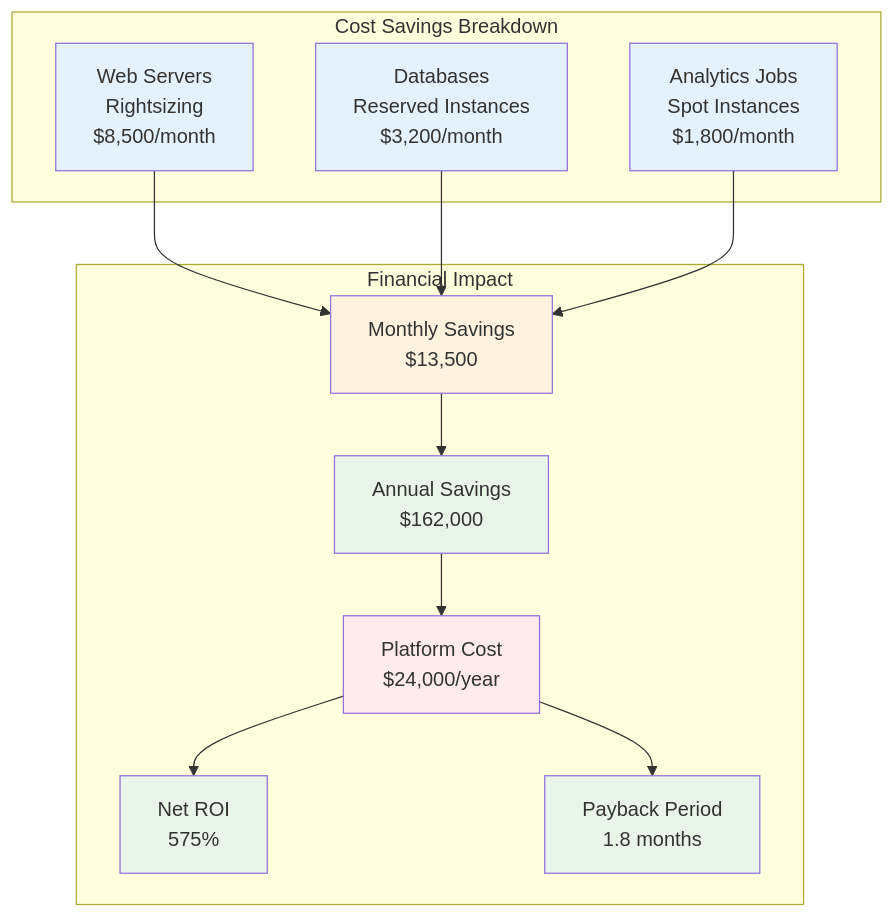
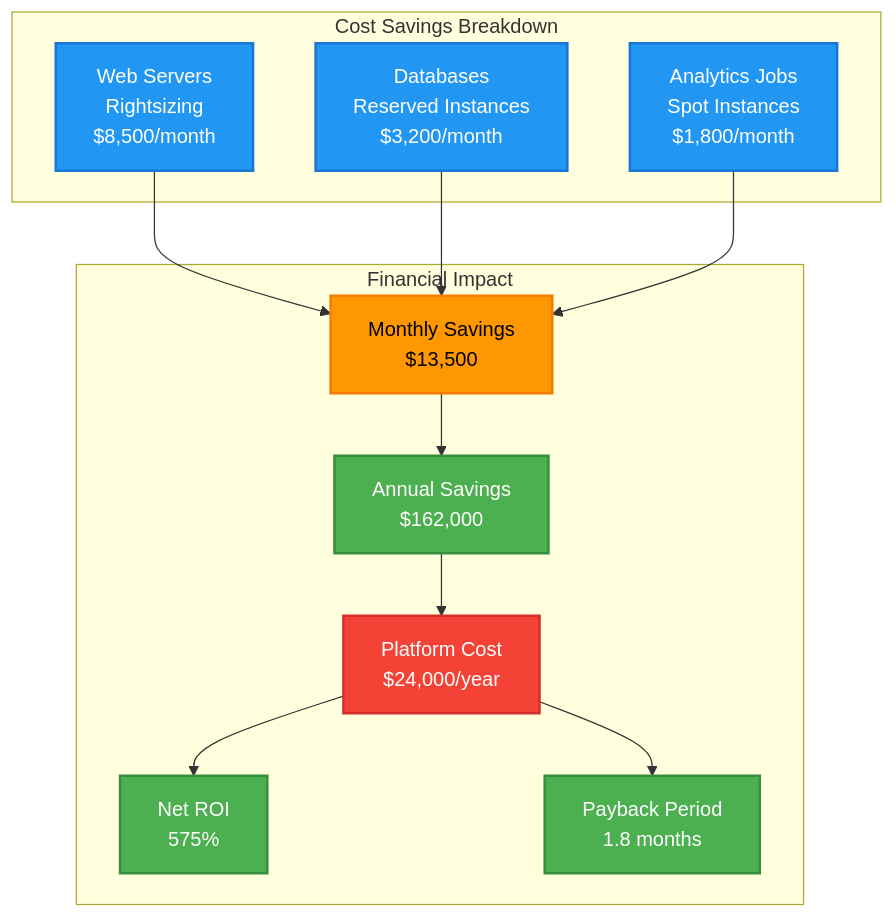
The fifth of 7 diagrams in README.md (yashshah-dev/cloud-cost-optimizer), drawn with Mermaid before and after one commit. The commit also changed other lines of this file, not shown here.

First line of the commit message:
Fix Mermaid diagram colors for better text visibility

````diff
--- a/README.md
+++ b/README.md
@@ -171,33 +171,33 @@
 ```mermaid
 graph TD
     subgraph "Cost Savings Breakdown"
         A[Web Servers<br/>Rightsizing<br/>$8,500/month]
         B[Databases<br/>Reserved Instances<br/>$3,200/month]
         C[Analytics Jobs<br/>Spot Instances<br/>$1,800/month]
     end
     
     subgraph "Financial Impact"
         D[Monthly Savings<br/>$13,500]
         E[Annual Savings<br/>$162,000]
         F[Platform Cost<br/>$24,000/year]
         G[Net ROI<br/>575%]
         H[Payback Period<br/>1.8 months]
     end
     
     A --> D
     B --> D
     C --> D
     D --> E
     E --> F
     F --> G
     F --> H
     
-    style A fill:#e3f2fd
-    style B fill:#e3f2fd
-    style C fill:#e3f2fd
-    style D fill:#fff3e0
-    style E fill:#e8f5e8
-    style F fill:#ffebee
-    style G fill:#e8f5e8
-    style H fill:#e8f5e8
+    style A fill:#2196F3,stroke:#1976D2,stroke-width:2px,color:#FFF
+    style B fill:#2196F3,stroke:#1976D2,stroke-width:2px,color:#FFF
+    style C fill:#2196F3,stroke:#1976D2,stroke-width:2px,color:#FFF
+    style D fill:#FF9800,stroke:#F57C00,stroke-width:2px,color:#000
+    style E fill:#4CAF50,stroke:#388E3C,stroke-width:2px,color:#FFF
+    style F fill:#F44336,stroke:#D32F2F,stroke-width:2px,color:#FFF
+    style G fill:#4CAF50,stroke:#388E3C,stroke-width:2px,color:#FFF
+    style H fill:#4CAF50,stroke:#388E3C,stroke-width:2px,color:#FFF
 ```
````
